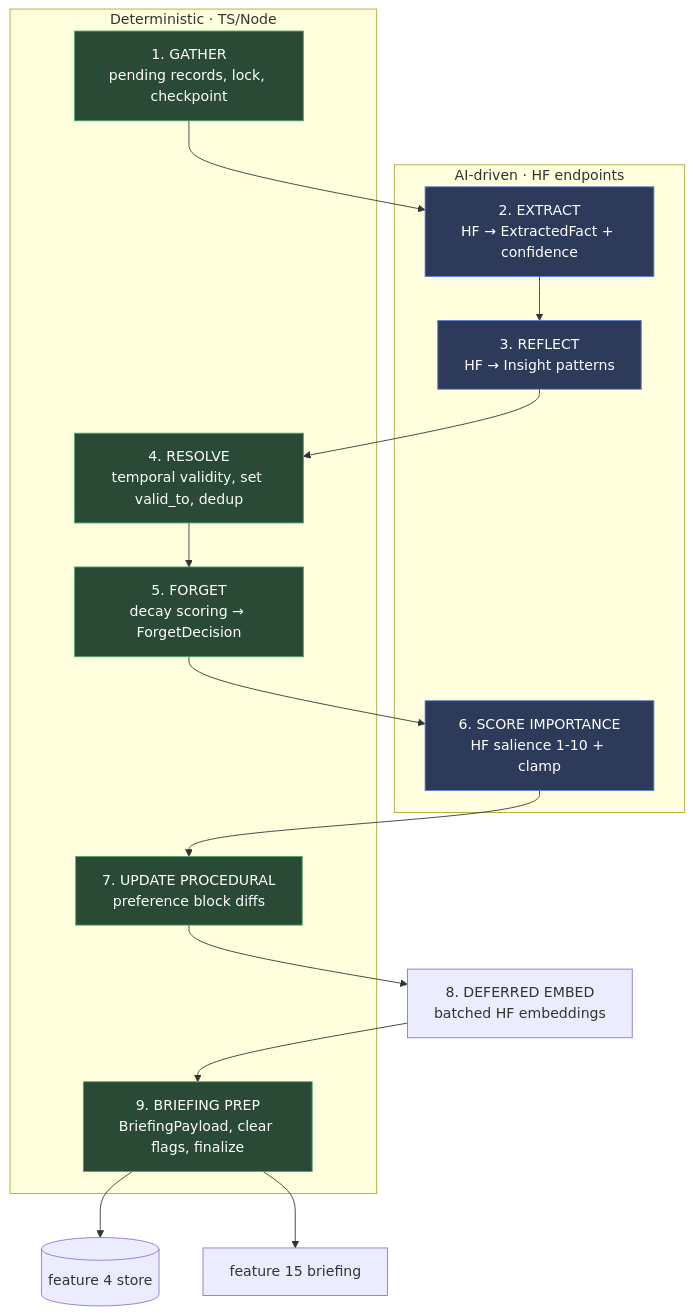
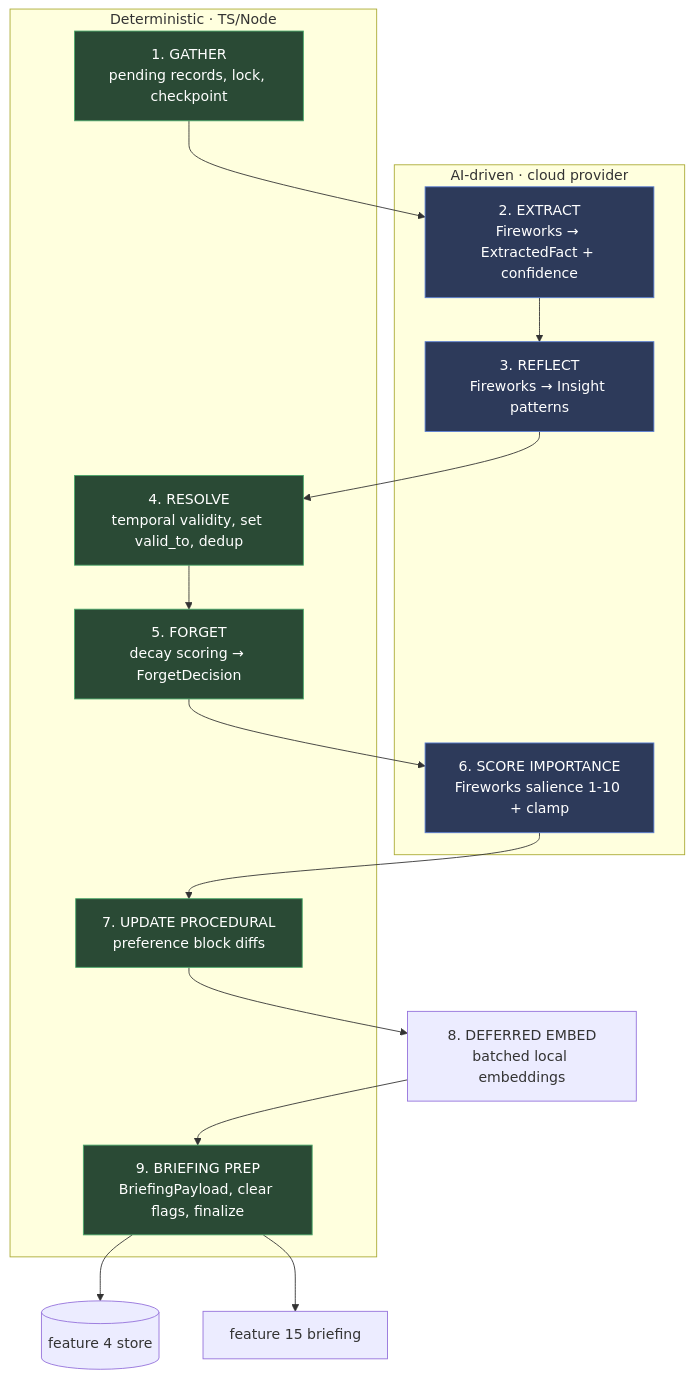
Before and after one commit to Anirudh-Sridharan/Jarvis: the diagram in features/6-nightly-memory-consolidation.md, drawn with Mermaid. The commit also changed other lines of this file and 6 other files, not shown here.

````diff
--- a/features/6-nightly-memory-consolidation.md
+++ b/features/6-nightly-memory-consolidation.md
@@ -33,29 +33,29 @@
 ```mermaid
 flowchart TD
-    A[1. GATHER<br/>pending records, lock, checkpoint] --> B[2. EXTRACT<br/>HF → ExtractedFact + confidence]
-    B --> C[3. REFLECT<br/>HF → Insight patterns]
+    A[1. GATHER<br/>pending records, lock, checkpoint] --> B[2. EXTRACT<br/>Fireworks → ExtractedFact + confidence]
+    B --> C[3. REFLECT<br/>Fireworks → Insight patterns]
     C --> D[4. RESOLVE<br/>temporal validity, set valid_to, dedup]
     D --> E[5. FORGET<br/>decay scoring → ForgetDecision]
-    E --> F[6. SCORE IMPORTANCE<br/>HF salience 1-10 + clamp]
+    E --> F[6. SCORE IMPORTANCE<br/>Fireworks salience 1-10 + clamp]
     F --> G[7. UPDATE PROCEDURAL<br/>preference block diffs]
-    G --> H[8. DEFERRED EMBED<br/>batched HF embeddings]
+    G --> H[8. DEFERRED EMBED<br/>batched local embeddings]
     H --> I[9. BRIEFING PREP<br/>BriefingPayload, clear flags, finalize]
     I --> J[(feature 4 store)]
     I --> K[feature 15 briefing]
-    subgraph AI [AI-driven · HF endpoints]
+    subgraph AI [AI-driven · cloud provider]
         B
         C
         F
     end
     subgraph DET [Deterministic · TS/Node]
         A
         D
         E
         G
         I
     end
     classDef ai fill:#2d3a5a,stroke:#5a7fd4,color:#fff
     classDef det fill:#2a4a35,stroke:#4aa86a,color:#fff
     class B,C,F ai
     class A,D,E,G,I det
 ```
````
